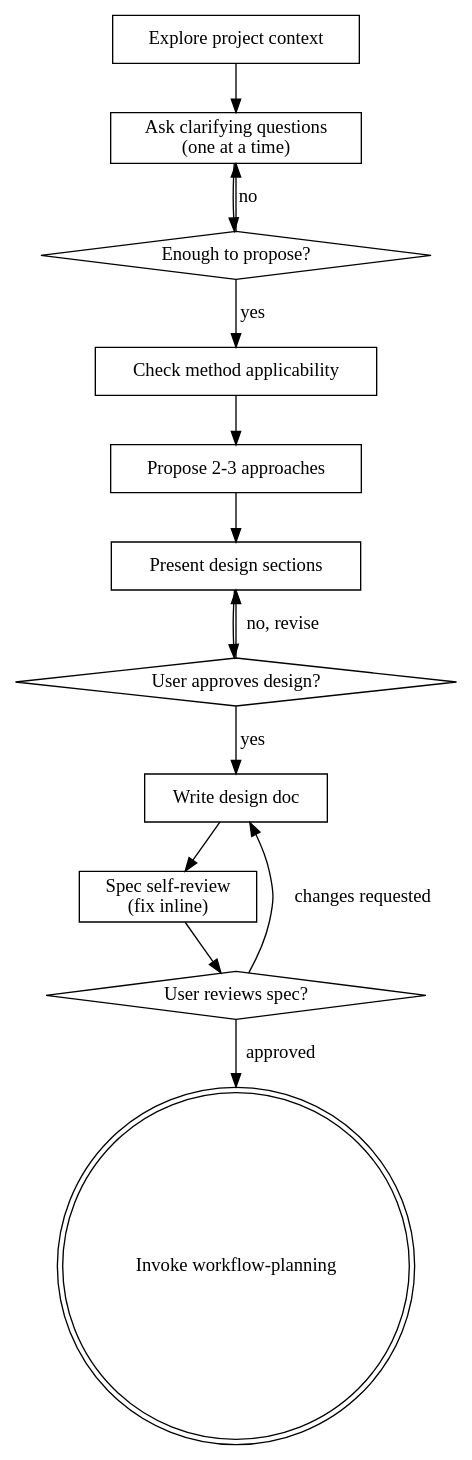
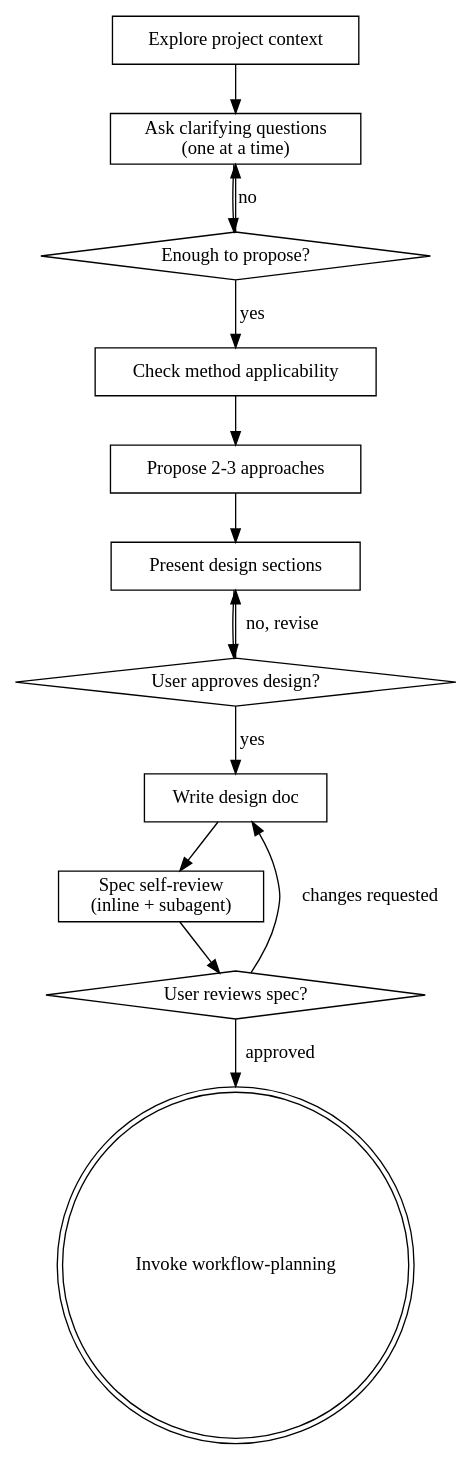
One commit to Chenghao-Wu/superscientist changed the diagram in superscientist/skills/experiment-design/SKILL.md. Above: the diagram before and after it, drawn with Graphviz. The commit also changed other lines of this file and 1 other file, not shown here.

First line of the commit message:
feat(superscientist): generalize experiment-design skill to be domain-agnostic

````diff
--- a/superscientist/skills/experiment-design/SKILL.md
+++ b/superscientist/skills/experiment-design/SKILL.md
@@ -36,29 +36,29 @@
 ```dot
 digraph experiment_design {
     "Explore project context" [shape=box];
     "Ask clarifying questions\n(one at a time)" [shape=box];
     "Enough to propose?" [shape=diamond];
     "Check method applicability" [shape=box];
     "Propose 2-3 approaches" [shape=box];
     "Present design sections" [shape=box];
     "User approves design?" [shape=diamond];
     "Write design doc" [shape=box];
-    "Spec self-review\n(fix inline)" [shape=box];
+    "Spec self-review\n(inline + subagent)" [shape=box];
     "User reviews spec?" [shape=diamond];
     "Invoke workflow-planning" [shape=doublecircle];
 
     "Explore project context" -> "Ask clarifying questions\n(one at a time)";
-    "Ask clarifying questions\n(one at a time)" -> "Enough to propose?" ;
+    "Ask clarifying questions\n(one at a time)" -> "Enough to propose?";
     "Enough to propose?" -> "Ask clarifying questions\n(one at a time)" [label="no"];
     "Enough to propose?" -> "Check method applicability" [label="yes"];
     "Check method applicability" -> "Propose 2-3 approaches";
     "Propose 2-3 approaches" -> "Present design sections";
     "Present design sections" -> "User approves design?";
     "User approves design?" -> "Present design sections" [label="no, revise"];
     "User approves design?" -> "Write design doc" [label="yes"];
-    "Write design doc" -> "Spec self-review\n(fix inline)";
-    "Spec self-review\n(fix inline)" -> "User reviews spec?";
+    "Write design doc" -> "Spec self-review\n(inline + subagent)";
+    "Spec self-review\n(inline + subagent)" -> "User reviews spec?";
     "User reviews spec?" -> "Write design doc" [label="changes requested"];
     "User reviews spec?" -> "Invoke workflow-planning" [label="approved"];
 }
 ```
````
